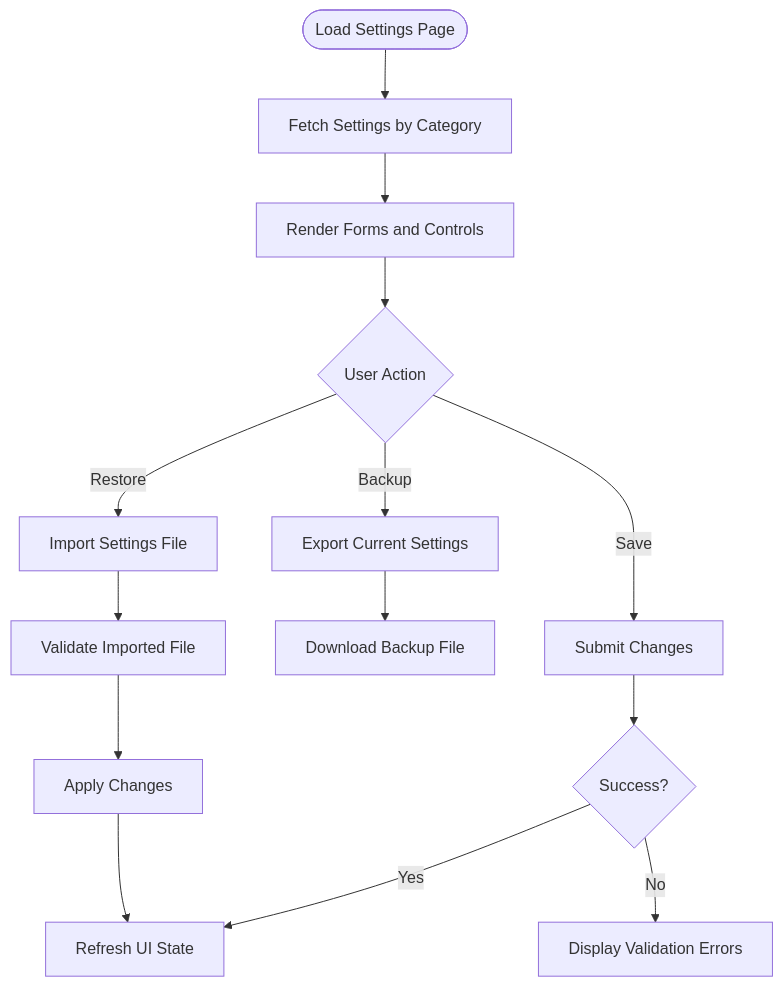
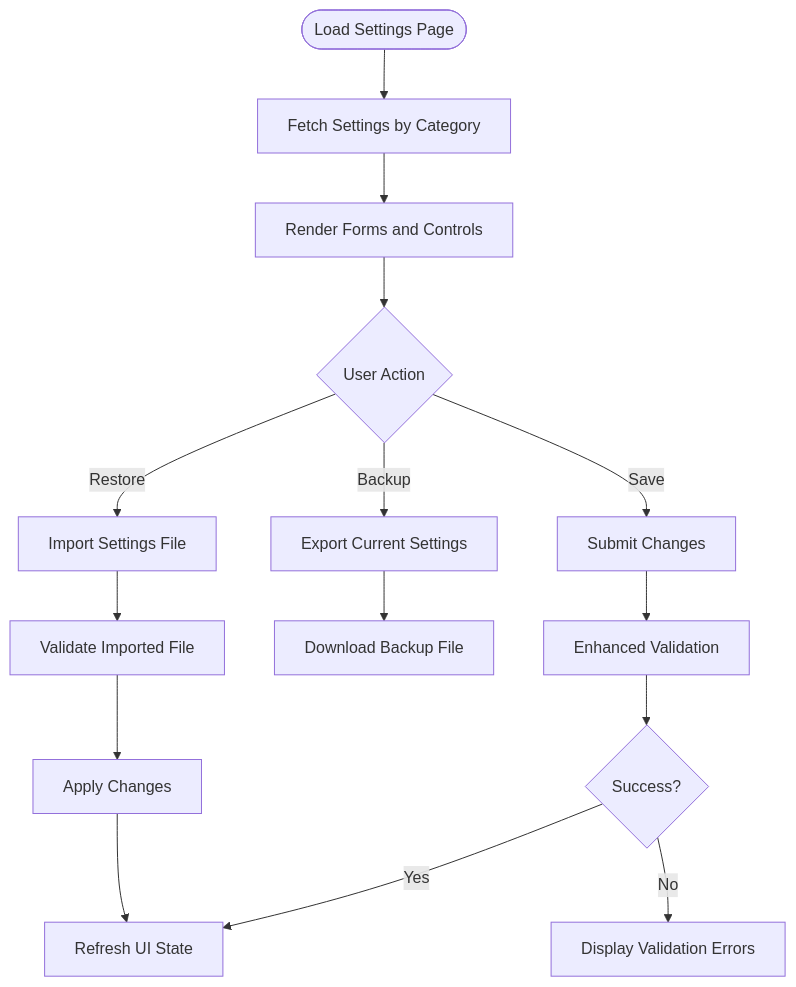
Before and after one commit to 14Lucifer/hackathon_ecs_creator: the seventh of 8 diagrams in .qoder/repowiki/en/content/Frontend Development/Page Components & Routing/System Settings Management.md, drawn with Mermaid. The commit also changed other lines of this file and 120 other files, not shown here.

````diff
--- a/.qoder/repowiki/en/content/Frontend Development/Page Components & Routing/System Settings Management.md
+++ b/.qoder/repowiki/en/content/Frontend Development/Page Components & Routing/System Settings Management.md
@@ -282,16 +295,17 @@
 ```mermaid
 flowchart TD
 Load(["Load Settings Page"]) --> Fetch["Fetch Settings by Category"]
 Fetch --> Render["Render Forms and Controls"]
 Render --> UserAction{"User Action"}
 UserAction --> |Save| Submit["Submit Changes"]
 UserAction --> |Backup| Export["Export Current Settings"]
 UserAction --> |Restore| Import["Import Settings File"]
-Submit --> Success{"Success?"}
+Submit --> Validate["Enhanced Validation"]
+Validate --> Success{"Success?"}
 Success --> |Yes| Refresh["Refresh UI State"]
 Success --> |No| ShowErrors["Display Validation Errors"]
 Export --> Download["Download Backup File"]
 Import --> ValidateFile["Validate Imported File"]
 ValidateFile --> Apply["Apply Changes"]
 Apply --> Refresh
 ```
````
